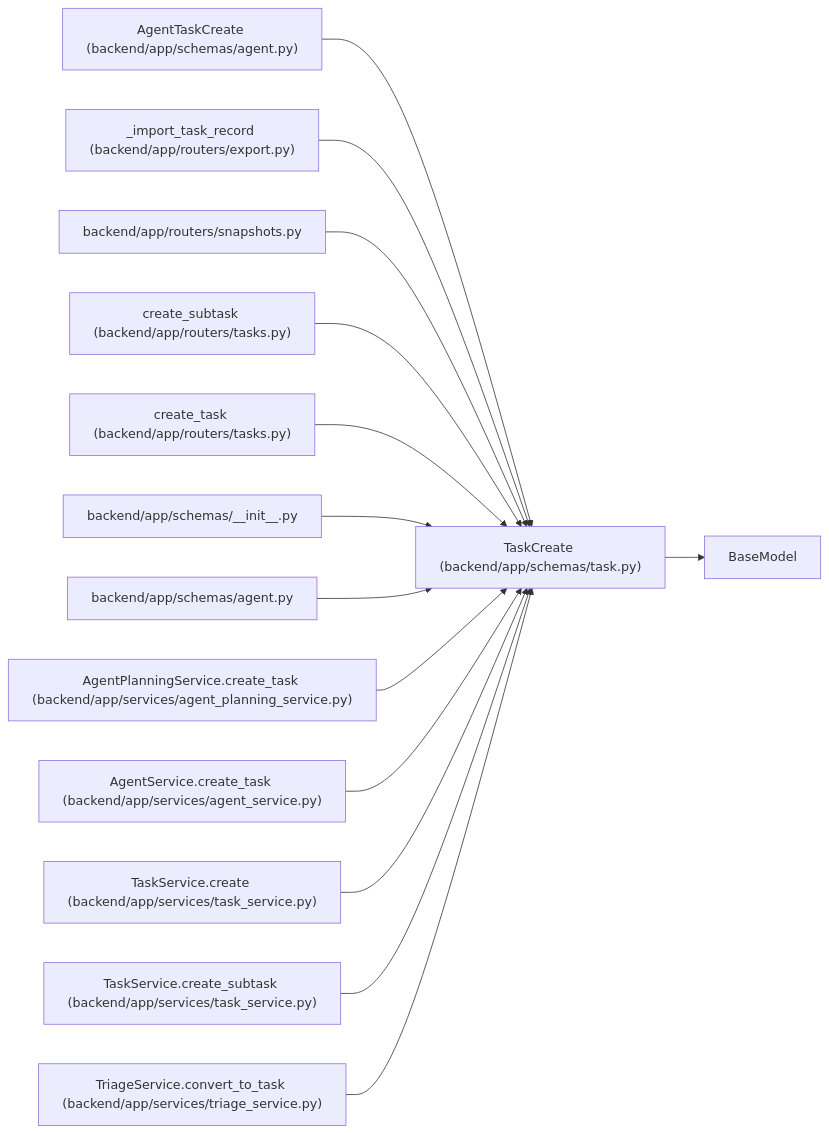
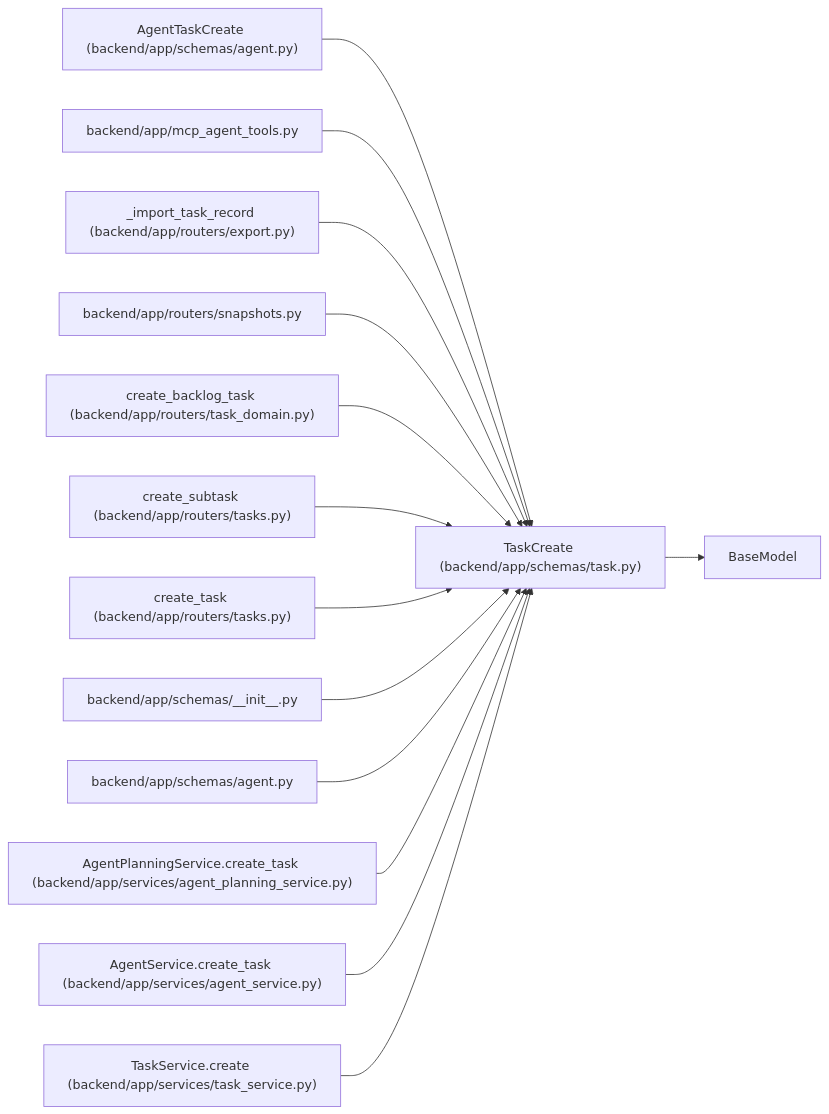
Before and after one commit to Denissvgn/WorkChord: the diagram in docs/llm_wiki/entities/schemas_task_TaskCreate.md, drawn with Mermaid. The commit also changed other lines of this file and 1238 other files, not shown here.

First line of the commit message:
docs(wiki): publish compact canonical domain architecture

````diff
--- a/docs/llm_wiki/entities/schemas_task_TaskCreate.md
+++ b/docs/llm_wiki/entities/schemas_task_TaskCreate.md
@@ -52,43 +55,43 @@
 ```mermaid
 flowchart LR
     n0["TaskCreate (backend/app/schemas/task.py)"]
     n1["BaseModel"]
     n2["AgentTaskCreate (backend/app/schemas/agent.py)"]
-    n3["_import_task_record (backend/app/routers/export.py)"]
-    n4["backend/app/routers/snapshots.py"]
-    n5["create_subtask (backend/app/routers/tasks.py)"]
-    n6["create_task (backend/app/routers/tasks.py)"]
-    n7["backend/app/schemas/__init__.py"]
-    n8["backend/app/schemas/agent.py"]
-    n9["AgentPlanningService.create_task (backend/app/services/agent_planning_service.py)"]
-    n10["AgentService.create_task (backend/app/services/agent_service.py)"]
-    n11["TaskService.create (backend/app/services/task_service.py)"]
-    n12["TaskService.create_subtask (backend/app/services/task_service.py)"]
-    n13["TriageService.convert_to_task (backend/app/services/triage_service.py)"]
+    n3["backend/app/mcp_agent_tools.py"]
+    n4["_import_task_record (backend/app/routers/export.py)"]
+    n5["backend/app/routers/snapshots.py"]
+    n6["create_backlog_task (backend/app/routers/task_domain.py)"]
+    n7["create_subtask (backend/app/routers/tasks.py)"]
+    n8["create_task (backend/app/routers/tasks.py)"]
+    n9["backend/app/schemas/__init__.py"]
+    n10["backend/app/schemas/agent.py"]
+    n11["AgentPlanningService.create_task (backend/app/services/agent_planning_service.py)"]
+    n12["AgentService.create_task (backend/app/services/agent_service.py)"]
+    n13["TaskService.create (backend/app/services/task_service.py)"]
     n0 --> n1
     n2 --> n0
     n3 --> n0
     n4 --> n0
     n5 --> n0
     n6 --> n0
     n7 --> n0
     n8 --> n0
     n9 --> n0
     n10 --> n0
     n11 --> n0
     n12 --> n0
     n13 --> n0
     click n0 "../modules/schemas_task.md"
     click n2 "../modules/schemas_agent.md"
-    click n3 "../modules/export.md"
-    click n4 "../modules/snapshots.md"
-    click n5 "../modules/tasks.md"
-    click n6 "../modules/tasks.md"
-    click n7 "../modules/schemas___init__.md"
-    click n8 "../modules/schemas_agent.md"
-    click n9 "../modules/agent_planning_service.md"
-    click n10 "../modules/agent_service.md"
-    click n11 "../modules/task_service.md"
-    click n12 "../modules/task_service.md"
-    click n13 "../modules/triage_service.md"
+    click n3 "../modules/mcp_agent_tools.md"
+    click n4 "../modules/export.md"
+    click n5 "../modules/snapshots.md"
+    click n6 "../modules/routers_task_domain.md"
+    click n7 "../modules/tasks.md"
+    click n8 "../modules/tasks.md"
+    click n9 "../modules/schemas___init__.md"
+    click n10 "../modules/schemas_agent.md"
+    click n11 "../modules/agent_planning_service.md"
+    click n12 "../modules/agent_service.md"
+    click n13 "../modules/task_service.md"
 ```
````
